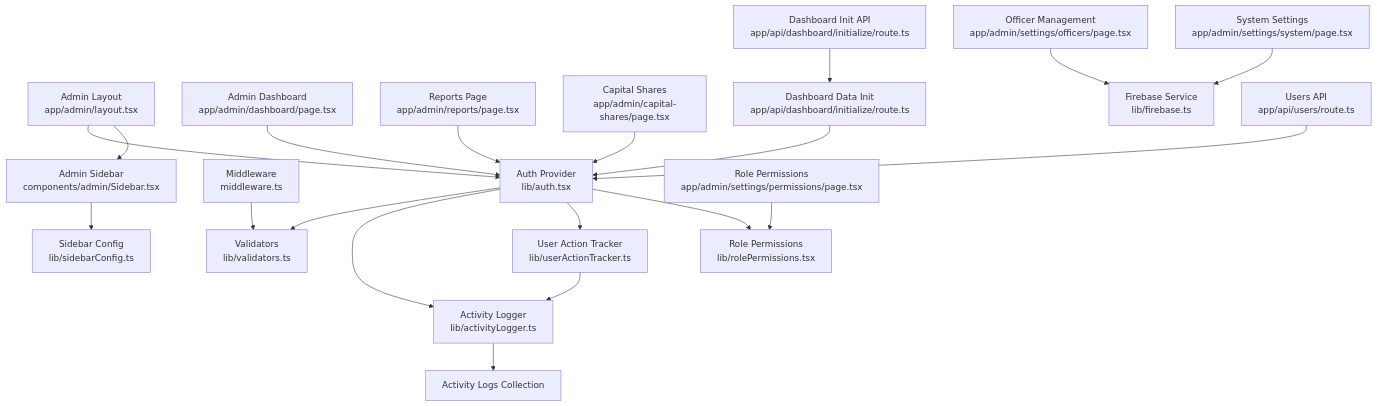
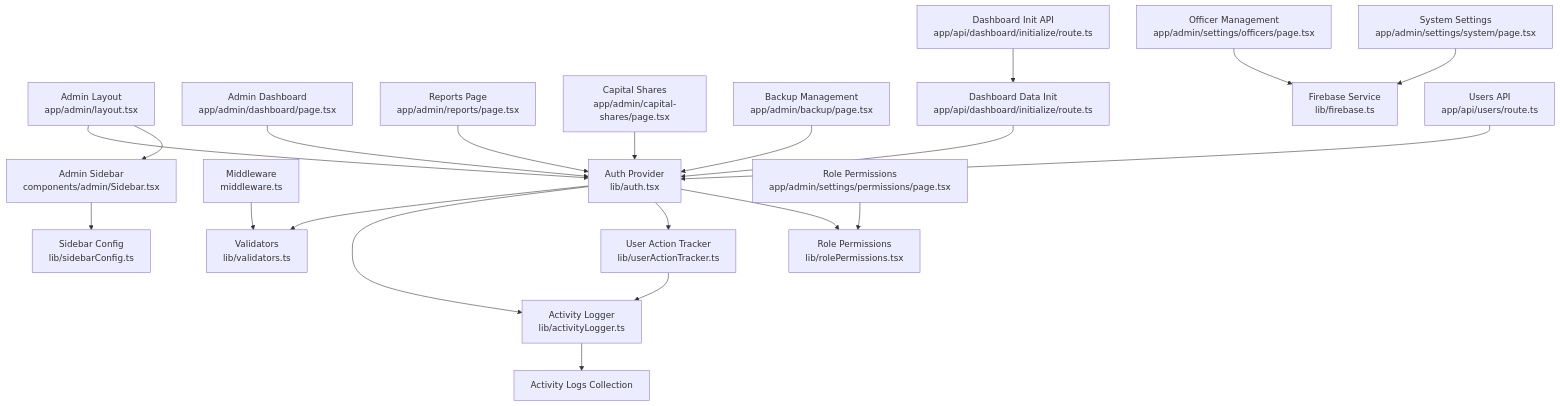
Diagram 20 of 20 in .qoder/repowiki/en/content/Project Overview/Core Features & Functionality/Administrative Features/Administrative Features.md (Unsure-bry/sampacoop_system), drawn with Mermaid before and after one commit. The commit also changed other lines of this file and 14 other files, not shown here.

````diff
--- a/.qoder/repowiki/en/content/Project Overview/Core Features & Functionality/Administrative Features/Administrative Features.md
+++ b/.qoder/repowiki/en/content/Project Overview/Core Features & Functionality/Administrative Features/Administrative Features.md
@@ -757,22 +912,23 @@
 ```mermaid
 graph TB
 AUTH["Auth Provider<br/>lib/auth.tsx"] --> VAL["Validators<br/>lib/validators.ts"]
 AUTH --> ACT["Activity Logger<br/>lib/activityLogger.ts"]
 AUTH --> UAT["User Action Tracker<br/>lib/userActionTracker.ts"]
 AUTH --> RPV["Role Permissions<br/>lib/rolePermissions.tsx"]
 MW["Middleware<br/>middleware.ts"] --> VAL
 AL["Admin Layout<br/>app/admin/layout.tsx"] --> AUTH
 AL --> SB["Admin Sidebar<br/>components/admin/Sidebar.tsx"]
 SB --> SC["Sidebar Config<br/>lib/sidebarConfig.ts"]
 AD["Admin Dashboard<br/>app/admin/dashboard/page.tsx"] --> AUTH
 RPT["Reports Page<br/>app/admin/reports/page.tsx"] --> AUTH
 CS["Capital Shares<br/>app/admin/capital-shares/page.tsx"] --> AUTH
+BK["Backup Management<br/>app/admin/backup/page.tsx"] --> AUTH
 DDI["Dashboard Data Init<br/>app/api/dashboard/initialize/route.ts"] --> AUTH
 OS["Officer Management<br/>app/admin/settings/officers/page.tsx"] --> FB["Firebase Service<br/>lib/firebase.ts"]
 RP["Role Permissions<br/>app/admin/settings/permissions/page.tsx"] --> RPV
 SS["System Settings<br/>app/admin/settings/system/page.tsx"] --> FB
 API_USERS["Users API<br/>app/api/users/route.ts"] --> AUTH
 API_INIT["Dashboard Init API<br/>app/api/dashboard/initialize/route.ts"] --> DDI
 UAT --> ACT
 ACT --> ACTLOGS["Activity Logs Collection"]
 ```
````
